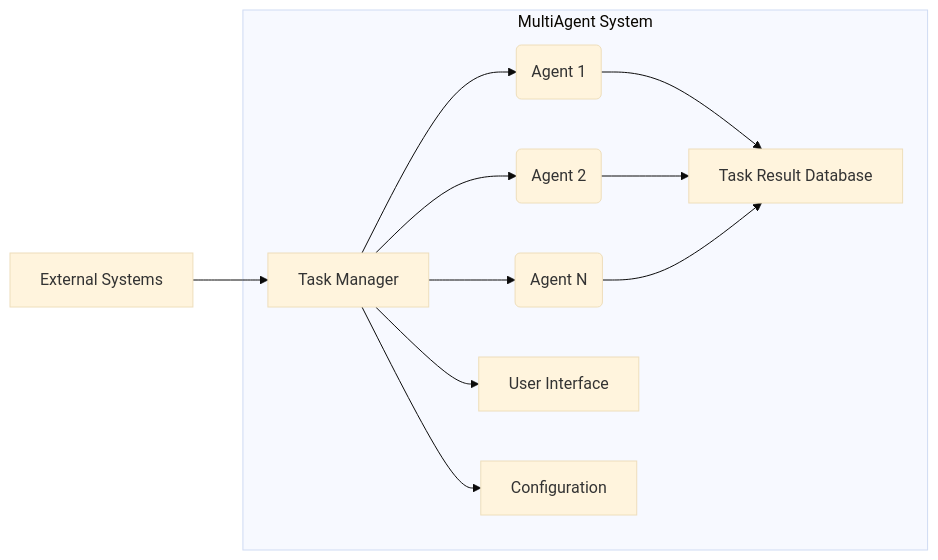
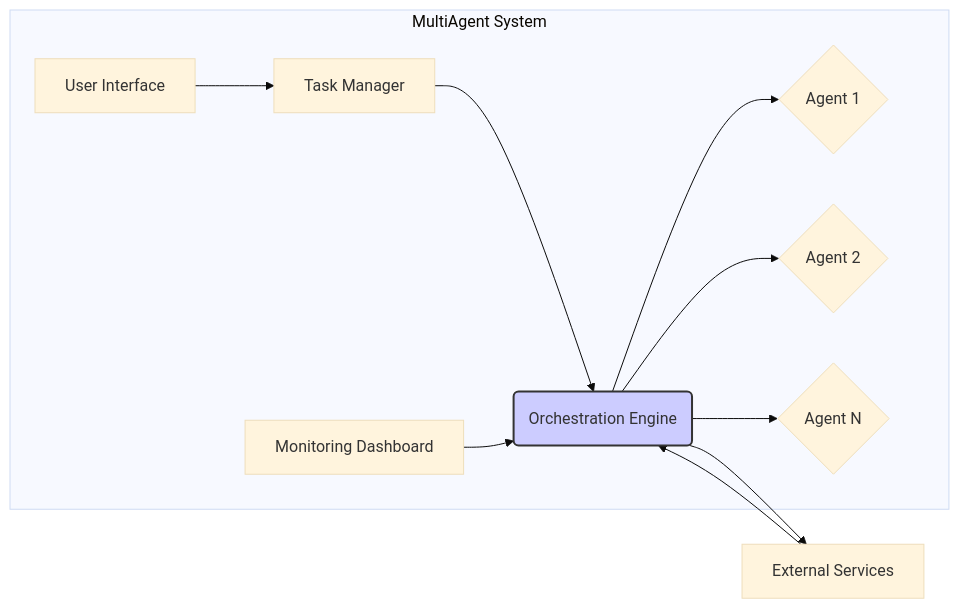
The diagram in docs/hld-Analysis.md (deepakgarg1986/MultiAgent), drawn with Mermaid (base theme) before and after one commit. The commit also changed other lines of this file and 5 other files, not shown here.

````diff
--- a/docs/hld-Analysis.md
+++ b/docs/hld-Analysis.md
@@ -11,14 +11,14 @@
 ```mermaid
 graph LR
     subgraph "MultiAgent System"
-        A[Task Manager] --> B(Agent 1);
-        A --> C(Agent 2);
-        A --> D(Agent N);
-        B --> E[Task Result Database];
-        C --> E;
-        D --> E;
-        A --> F[User Interface];
-        A --> G[Configuration];
+        A[Task Manager] --> B(Orchestration Engine);
+        B --> C{Agent 1};
+        B --> D{Agent 2};
+        B --> E{Agent N};
+        F[User Interface] --> A;
+        G[Monitoring Dashboard] --> B;
     end
-    H[External Systems] --> A;
+    B --> H[External Services];
+    H --> B;
+    style B fill:#ccf,stroke:#333,stroke-width:2px
 ```
````
